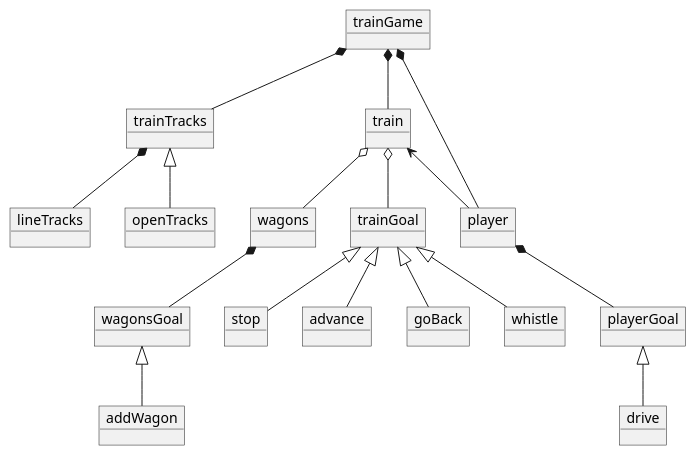
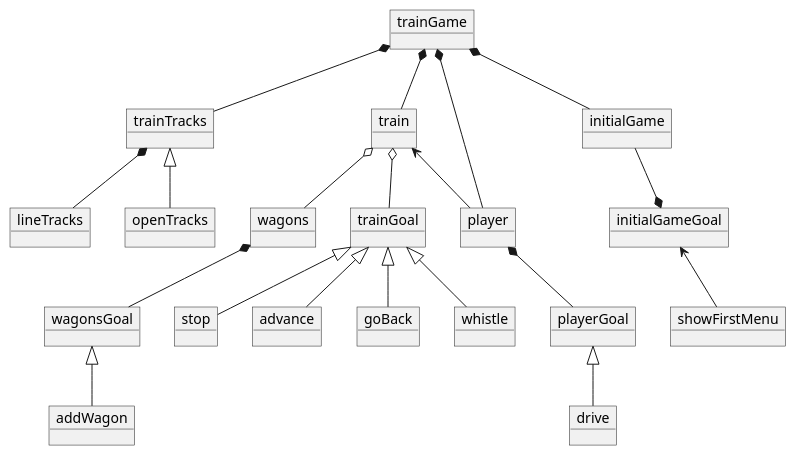
Before and after one commit to ederramos01/01-train: the diagram in docs/train-diagram.puml, drawn with PlantUML. The commit also changed 20 other files, not shown here.

```diff
--- a/docs/train-diagram.puml
+++ b/docs/train-diagram.puml
@@ -1,45 +1,49 @@
 @startuml trainModel
 
     object trainGame
     object train
     object trainTracks
     object lineTracks
     object openTracks
+    object initialGame
     
     object wagons
     object wagonsGoal
     object addWagon
     object trainGoal
     object stop
     object advance
     object goBack
     object whistle
     object player
     object playerGoal
     object drive
+    object initialGameGoal
+    object showFirstMenu
 
     trainGame *-- train
     trainGame *-- trainTracks
     trainGame *-- player
+    trainGame *-- initialGame
+    initialGame --* initialGameGoal
+    initialGameGoal <-- showFirstMenu
 
     train o-- wagons
     train o-- trainGoal
     train <-- player
     
     openTracks -up-|> trainTracks
     trainTracks *-- lineTracks
 
     wagons *-- wagonsGoal
     addWagon -up-|> wagonsGoal
 
     player *-- playerGoal
     drive -up-|> playerGoal
 
     trainGoal <|-- stop
     trainGoal <|-- advance
     trainGoal <|-- goBack
     trainGoal <|-- whistle
 
-    
-
 @enduml
```
